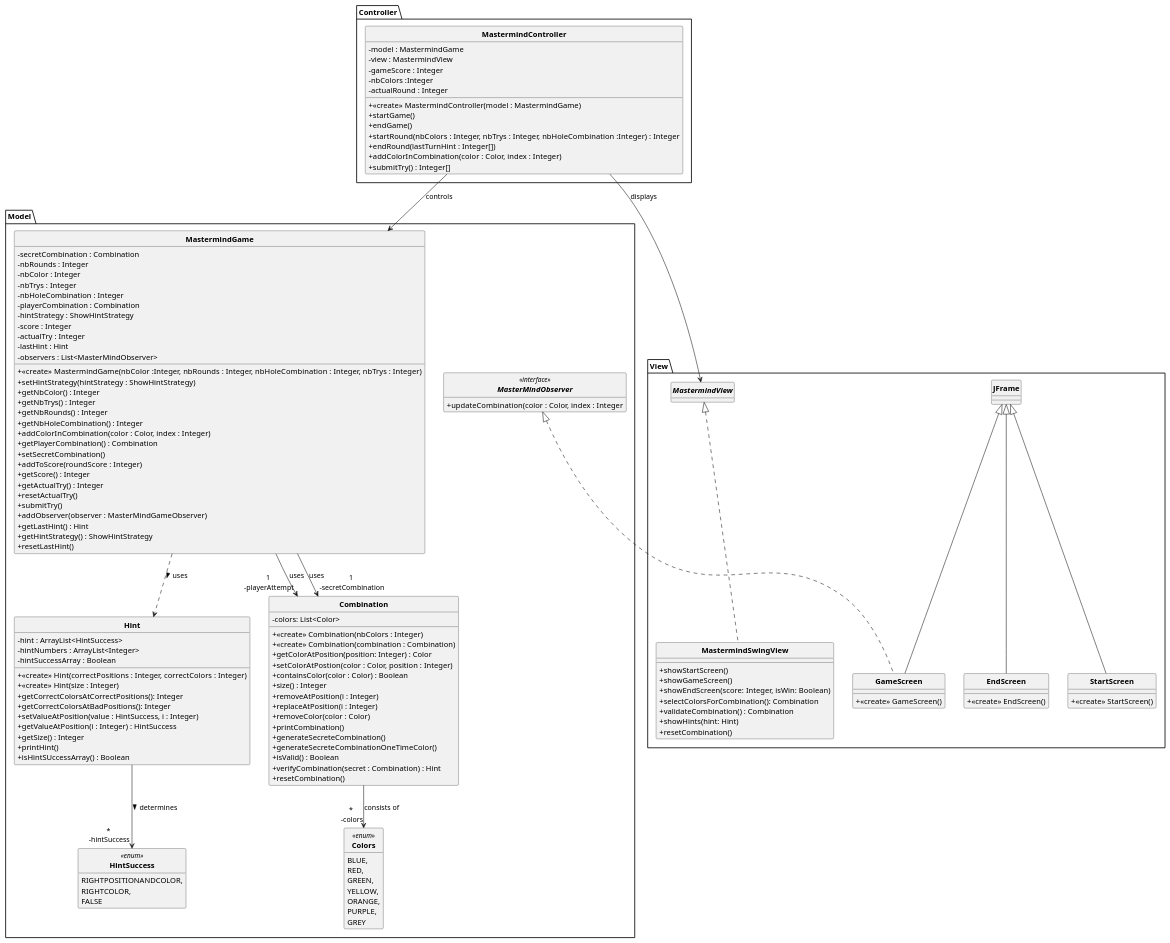
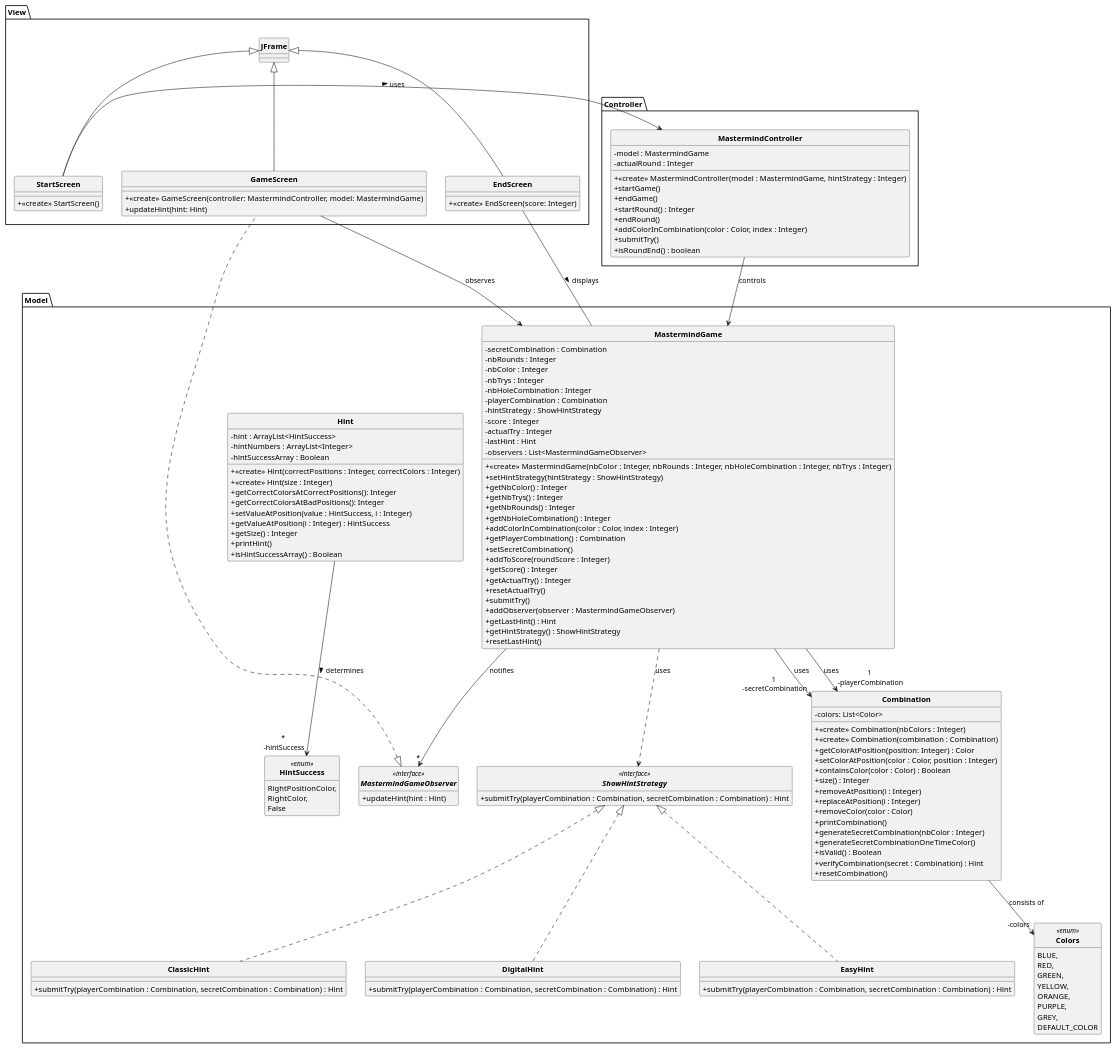
The diagram in DCC.puml (Taijin4/Mastermind), drawn with PlantUML before and after one commit. The commit also changed 1 other file, not shown here.

```diff
--- a/DCC.puml
+++ b/DCC.puml
@@ -1,154 +1,159 @@
- @startuml
+@startuml
 skinparam style strictuml
 skinparam classAttributeIconSize 0
 skinparam classFontStyle Bold
 hide enum methods
 hide interface attributes
 
 package Model {
 
-    class MastermindGame {
-        - secretCombination : Combination
-        - nbRounds : Integer
-        - nbColor : Integer
-        - nbTrys : Integer
-        - nbHoleCombination : Integer
-        - playerCombination : Combination
-        - hintStrategy : ShowHintStrategy
-        - score : Integer
-        - actualTry : Integer
-        - lastHint : Hint
-        - observers : List<MasterMindObserver>
+class MastermindGame {
+    - secretCombination : Combination
+    - nbRounds : Integer
+    - nbColor : Integer
+    - nbTrys : Integer
+    - nbHoleCombination : Integer
+    - playerCombination : Combination
+    - hintStrategy : ShowHintStrategy
+    - score : Integer
+    - actualTry : Integer
+    - lastHint : Hint
+    - observers : List<MastermindGameObserver>
 
-        + <<create>> MastermindGame(nbColor :Integer, nbRounds : Integer, nbHoleCombination : Integer, nbTrys : Integer)
-        + setHintStrategy(hintStrategy : ShowHintStrategy)
-        + getNbColor() : Integer
-        + getNbTrys() : Integer
-        + getNbRounds() : Integer
-        + getNbHoleCombination() : Integer
-        + addColorInCombination(color : Color, index : Integer)
-        + getPlayerCombination() : Combination
-        + setSecretCombination()
-        + addToScore(roundScore : Integer)
-        + getScore() : Integer
-        + getActualTry() : Integer
-        + resetActualTry()
-        + submitTry()
-        + addObserver(observer : MasterMindGameObserver)
-        + getLastHint() : Hint
-        + getHintStrategy() : ShowHintStrategy
-        + resetLastHint()
-    }
+    + <<create>> MastermindGame(nbColor : Integer, nbRounds : Integer, nbHoleCombination : Integer, nbTrys : Integer)
+    + setHintStrategy(hintStrategy : ShowHintStrategy)
+    + getNbColor() : Integer
+    + getNbTrys() : Integer
+    + getNbRounds() : Integer
+    + getNbHoleCombination() : Integer
+    + addColorInCombination(color : Color, index : Integer)
+    + getPlayerCombination() : Combination
+    + setSecretCombination()
+    + addToScore(roundScore : Integer)
+    + getScore() : Integer
+    + getActualTry() : Integer
+    + resetActualTry()
+    + submitTry()
+    + addObserver(observer : MastermindGameObserver)
+    + getLastHint() : Hint
+    + getHintStrategy() : ShowHintStrategy
+    + resetLastHint()
+}
 
-    class Combination {
-        - colors: List<Color>
-        + <<create>> Combination(nbColors : Integer)
-        + <<create>> Combination(combination : Combination)
-        + getColorAtPosition(position: Integer) : Color
-        + setColorAtPostion(color : Color, position : Integer)
-        + containsColor(color : Color) : Boolean
-        + size() : Integer
-        + removeAtPosition(i : Integer)
-        + replaceAtPosition(i : Integer)
-        + removeColor(color : Color)
-        + printCombination()
-        + generateSecreteCombination()
-        + generateSecreteCombinationOneTimeColor()
-        + isValid() : Boolean
-        + verifyCombination(secret : Combination) : Hint
-        + resetCombination()
-    }
+class Combination {
+    - colors: List<Color>
+    + <<create>> Combination(nbColors : Integer)
+    + <<create>> Combination(combination : Combination)
+    + getColorAtPosition(position: Integer) : Color
+    + setColorAtPosition(color : Color, position : Integer)
+    + containsColor(color : Color) : Boolean
+    + size() : Integer
+    + removeAtPosition(i : Integer)
+    + replaceAtPosition(i : Integer)
+    + removeColor(color : Color)
+    + printCombination()
+    + generateSecretCombination(nbColor : Integer)
+    + generateSecretCombinationOneTimeColor()
+    + isValid() : Boolean
+    + verifyCombination(secret : Combination) : Hint
+    + resetCombination()
+}
 
-    class Hint {
-        - hint : ArrayList<HintSuccess>
-        - hintNumbers : ArrayList<Integer>
-        - hintSuccessArray : Boolean
-        + <<create>> Hint(correctPositions : Integer, correctColors : Integer)
-        + <<create>> Hint(size : Integer)
-        + getCorrectColorsAtCorrectPositions(): Integer
-        + getCorrectColorsAtBadPositions(): Integer
-        + setValueAtPosition(value : HintSuccess, i : Integer)
-        + getValueAtPosition(i : Integer) : HintSuccess
-        + getSize() : Integer
-        + printHint()
-        + isHintSUccessArray() : Boolean
-    }
+class Hint {
+    - hint : ArrayList<HintSuccess>
+    - hintNumbers : ArrayList<Integer>
+    - hintSuccessArray : Boolean
+    + <<create>> Hint(correctPositions : Integer, correctColors : Integer)
+    + <<create>> Hint(size : Integer)
+    + getCorrectColorsAtCorrectPositions(): Integer
+    + getCorrectColorsAtBadPositions(): Integer
+    + setValueAtPosition(value : HintSuccess, i : Integer)
+    + getValueAtPosition(i : Integer) : HintSuccess
+    + getSize() : Integer
+    + printHint()
+    + isHintSuccessArray() : Boolean
+}
 
-    enum Colors <<enum>> {
-        BLUE,
-        RED,
-        GREEN,
-        YELLOW,
-        ORANGE,
-        PURPLE,
-        GREY
-    }
+enum Colors <<enum>> {
+    BLUE,
+    RED,
+    GREEN,
+    YELLOW,
+    ORANGE,
+    PURPLE,
+    GREY,
+    DEFAULT_COLOR
+}
 
-    enum HintSuccess <<enum>> {
-        RIGHTPOSITIONANDCOLOR,
-        RIGHTCOLOR,
-        FALSE
-    }
+enum HintSuccess <<enum>> {
+    RightPositionColor,
+    RightColor,
+    False
+}
 
-    interface MasterMindObserver <<interface>> {
-        + updateCombination(color : Color, index : Integer
+interface ShowHintStrategy <<interface>> {
+    + submitTry(playerCombination : Combination, secretCombination : Combination) : Hint
+}
 
-    }
+class DigitalHint implements ShowHintStrategy {
+    + submitTry(playerCombination : Combination, secretCombination : Combination) : Hint
+}
 
+class EasyHint implements ShowHintStrategy {
+    + submitTry(playerCombination : Combination, secretCombination : Combination) : Hint
+}
 
+class ClassicHint implements ShowHintStrategy {
+    + submitTry(playerCombination : Combination, secretCombination : Combination) : Hint
+}
+
+interface MastermindGameObserver <<interface>> {
+    + updateHint(hint : Hint)
+}
 }
 
 package View {
 
-    class StartScreen extends JFrame {
-        + <<create>> StartScreen()
-    }
 
-    class EndScreen extends JFrame {
-        + <<create>> EndScreen()
-    }
+class StartScreen extends JFrame {
+    + <<create>> StartScreen()
+}
 
-    class GameScreen extends JFrame implements Model.MasterMindObserver{
-        + <<create>> GameScreen()
-    }
+class EndScreen extends JFrame {
+    + <<create>> EndScreen(score: Integer)
+}
 
-    class MastermindSwingView implements MastermindView {
-        + showStartScreen()
-        + showGameScreen()
-        + showEndScreen(score: Integer, isWin: Boolean)
-        + selectColorsForCombination(): Combination
-        + validateCombination() : Combination
-        + showHints(hint: Hint)
-        + resetCombination()
-    }
-
+class GameScreen extends JFrame implements Model.MastermindGameObserver {
+    + <<create>> GameScreen(controller: MastermindController, model: MastermindGame)
+    + updateHint(hint: Hint)
+}
 }
 
 package Controller {
 
-    class MastermindController {
-        - model : MastermindGame
-        - view : MastermindView
-        - gameScore : Integer
-        - nbColors :Integer
-        - actualRound : Integer
-        + <<create>> MastermindController(model : MastermindGame)
-        + startGame()
-        + endGame()
-        + startRound(nbColors : Integer, nbTrys : Integer, nbHoleCombination :Integer) : Integer
-        + endRound(lastTurnHint : Integer[])
-        + addColorInCombination(color : Color, index : Integer)
-        + submitTry() : Integer[]
 
-    }
-
+class MastermindController {
+    - model : MastermindGame
+    - actualRound : Integer
+    + <<create>> MastermindController(model : MastermindGame, hintStrategy : Integer)
+    + startGame()
+    + endGame()
+    + startRound() : Integer
+    + endRound()
+    + addColorInCombination(color : Color, index : Integer)
+    + submitTry()
+    + isRoundEnd() : boolean
+}
 }
 
 MastermindGame --> "1\n -secretCombination" Combination : uses
-MastermindGame --> "1\n -playerAttempt" Combination : uses
+MastermindGame --> "1\n -playerCombination" Combination : uses
+MastermindGame --> "*" Model.MastermindGameObserver : notifies
+MastermindGame ..> ShowHintStrategy : uses
+Combination --> "\n -colors" Colors : consists of
+Hint --> "*\n -hintSuccess" HintSuccess : determines >
 MastermindController --> MastermindGame : controls
-MastermindController --> MastermindView : displays
-Combination --> "*\n -colors" Colors : consists of
-Hint --> "*\n -hintSuccess" HintSuccess : determines >
-MastermindGame ..> Hint : uses >
+GameScreen --> MastermindGame : observes
+StartScreen -down-> MastermindController : uses >
+EndScreen -down- MastermindGame : displays >
 @enduml
```
